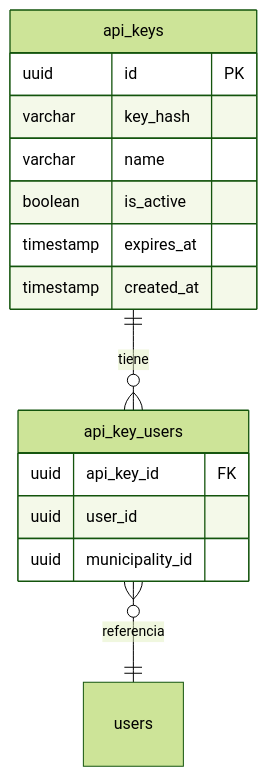
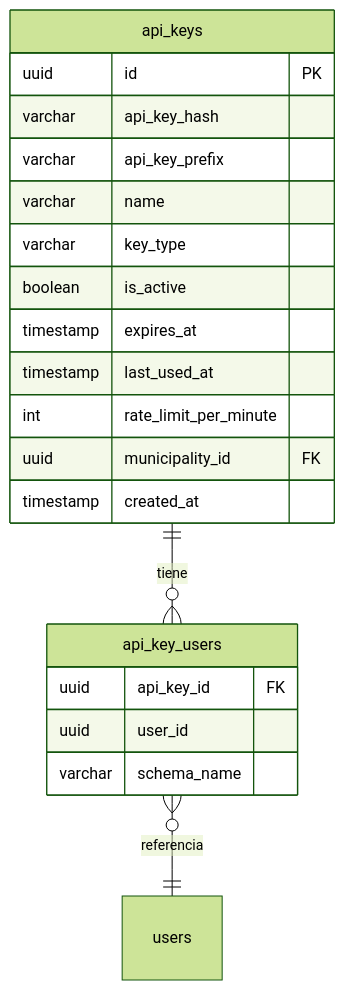
The third of 4 diagrams in docs/desarrollo/gateway/autenticacion.md (GDI-AGPLv3/GDI-Docs), drawn with Mermaid (forest theme) before and after one commit. The commit also changed other lines of this file and 37 other files, not shown here.

````diff
--- a/docs/desarrollo/gateway/autenticacion.md
+++ b/docs/desarrollo/gateway/autenticacion.md
@@ -270,20 +275,25 @@
 ```mermaid
 erDiagram
     api_keys ||--o{ api_key_users : "tiene"
     api_key_users }o--|| users : "referencia"
 
     api_keys {
         uuid id PK
-        varchar key_hash
+        varchar api_key_hash
+        varchar api_key_prefix
         varchar name
+        varchar key_type
         boolean is_active
         timestamp expires_at
+        timestamp last_used_at
+        int rate_limit_per_minute
+        uuid municipality_id FK
         timestamp created_at
     }
 
     api_key_users {
         uuid api_key_id FK
         uuid user_id
-        uuid municipality_id
+        varchar schema_name
     }
 ```
````
